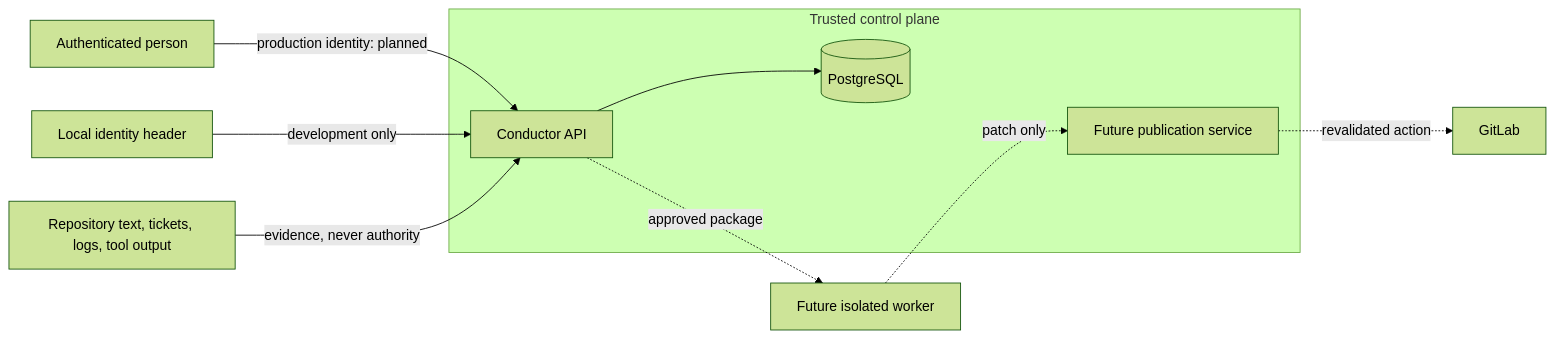
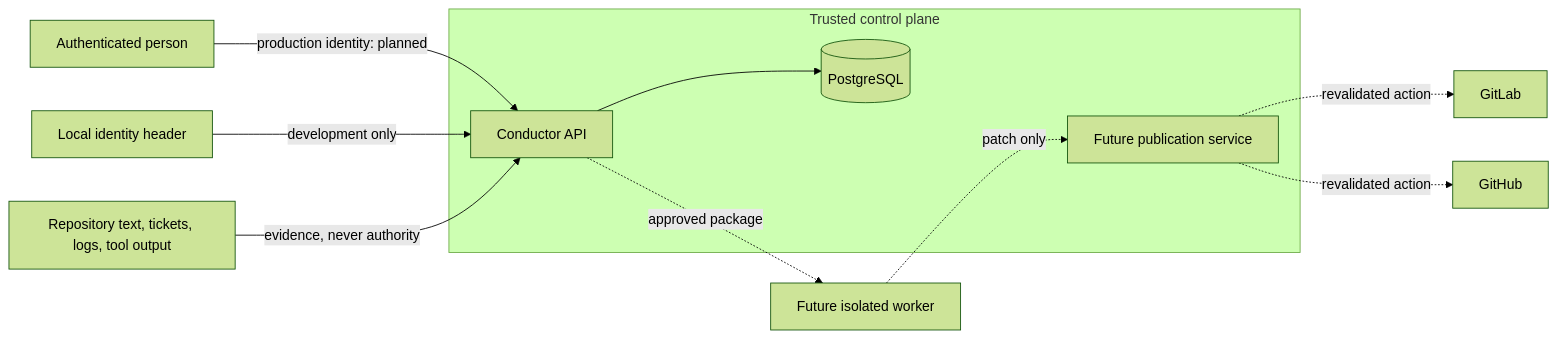
One commit to phenixrizen/conductor changed the third of 4 diagrams in docs/architecture/system.md. Above: the diagram before and after it, drawn with Mermaid (forest theme). The commit also changed other lines of this file and 9 other files, not shown here.

Commit message:
docs: require GitHub and GitLab managed repository support

````diff
--- a/docs/architecture/system.md
+++ b/docs/architecture/system.md
@@ -95,25 +101,27 @@
 ```mermaid
 flowchart LR
     User[Authenticated person]
     LocalHeader[Local identity header]
     API[Conductor API]
     DB[(PostgreSQL)]
     Untrusted[Repository text, tickets, logs, tool output]
     Worker[Future isolated worker]
     Publisher[Future publication service]
+    GitHubDelivery[GitHub]
     GitLab[GitLab]
 
     User -->|production identity: planned| API
     LocalHeader -->|development only| API
     API --> DB
     Untrusted -->|evidence, never authority| API
     API -. approved package .-> Worker
     Worker -. patch only .-> Publisher
     Publisher -. revalidated action .-> GitLab
+    Publisher -. revalidated action .-> GitHubDelivery
 
     subgraph TrustedControl[Trusted control plane]
         API
         DB
         Publisher
     end
 ```
````
